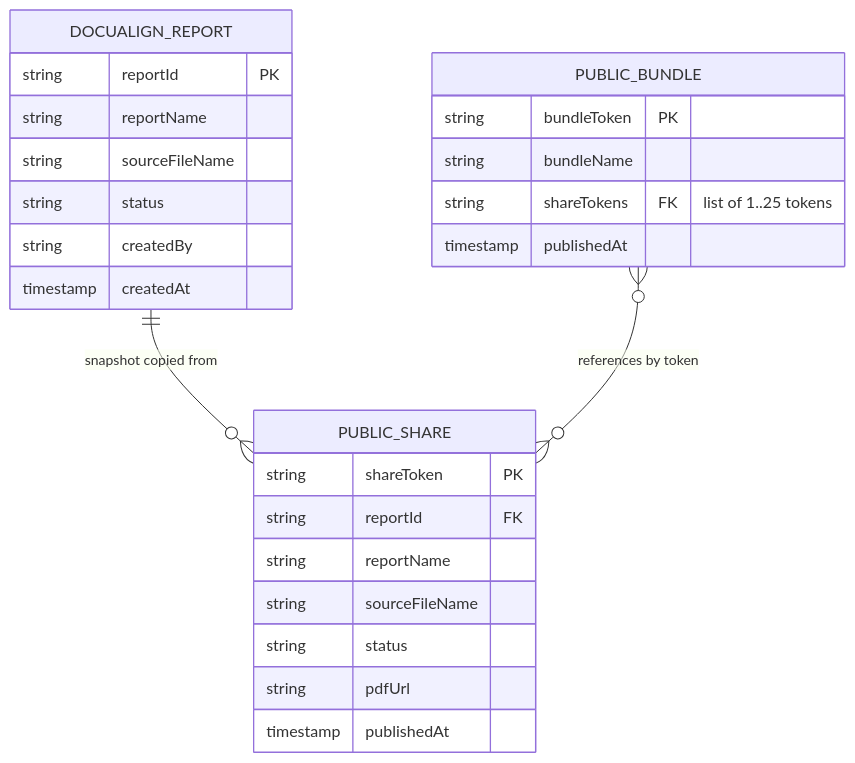
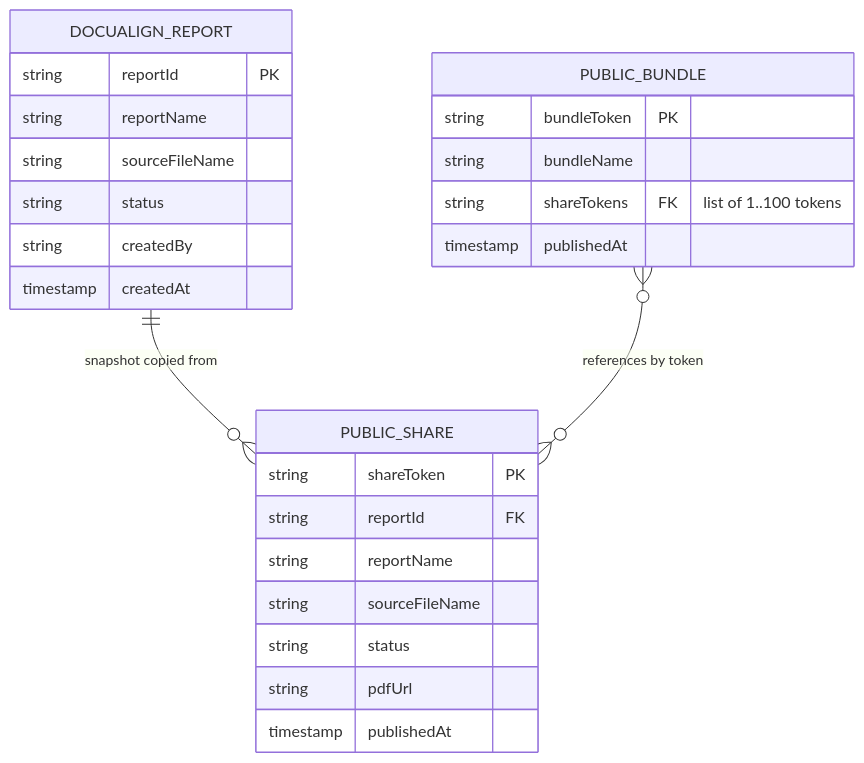
Before and after one commit to Yanguangchen/DocuAlign: the fifth of 6 diagrams in documentation/project-guide.md, drawn with Mermaid. The commit also changed other lines of this file and 9 other files, not shown here.

````diff
--- a/documentation/project-guide.md
+++ b/documentation/project-guide.md
@@ -352,31 +352,31 @@
 ```mermaid
 erDiagram
     DOCUALIGN_REPORT {
         string reportId PK
         string reportName
         string sourceFileName
         string status
         string createdBy
         timestamp createdAt
     }
 
     PUBLIC_SHARE {
         string shareToken PK
         string reportId FK
         string reportName
         string sourceFileName
         string status
         string pdfUrl
         timestamp publishedAt
     }
 
     PUBLIC_BUNDLE {
         string bundleToken PK
         string bundleName
-        string shareTokens FK "list of 1..25 tokens"
+        string shareTokens FK "list of 1..100 tokens"
         timestamp publishedAt
     }
 
     DOCUALIGN_REPORT ||--o{ PUBLIC_SHARE : "snapshot copied from"
     PUBLIC_BUNDLE }o--o{ PUBLIC_SHARE : "references by token"
 ```
````
